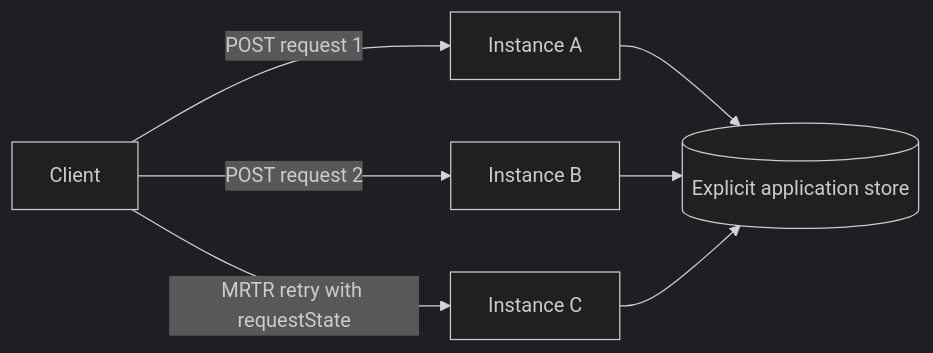
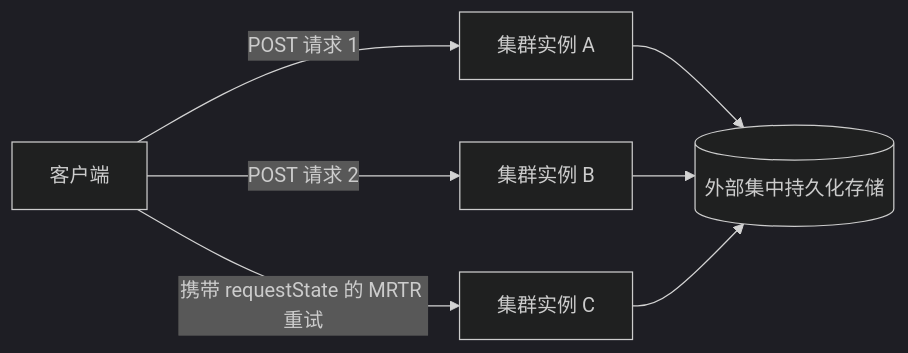
One commit to cluster1900/ai-engineering-from-scratch-zh changed the third of 3 diagrams in certifications/claude/lessons/11-mcp-server-design-and-integration/docs/en.md. Above: the diagram before and after it, drawn with Mermaid (dark theme). The commit also changed other lines of this file and 187 other files, not shown here.

````diff
--- a/certifications/claude/lessons/11-mcp-server-design-and-integration/docs/en.md
+++ b/certifications/claude/lessons/11-mcp-server-design-and-integration/docs/en.md
@@ -353,9 +355,9 @@
 ```mermaid
 flowchart LR
-    C[Client] -->|POST request 1| A[Instance A]
-    C -->|POST request 2| B[Instance B]
-    C -->|MRTR retry with requestState| C2[Instance C]
-    A --> Store[(Explicit application store)]
+    C[客户端] -->|POST 请求 1| A[集群实例 A]
+    C -->|POST 请求 2| B[集群实例 B]
+    C -->|携带 requestState 的 MRTR 重试| C2[集群实例 C]
+    A --> Store[(外部集中持久化存储)]
     B --> Store
     C2 --> Store
 ```
````
